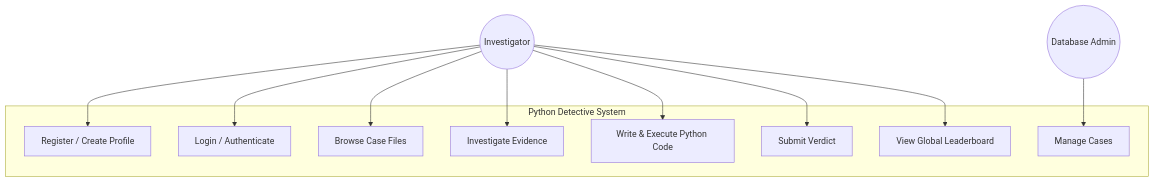
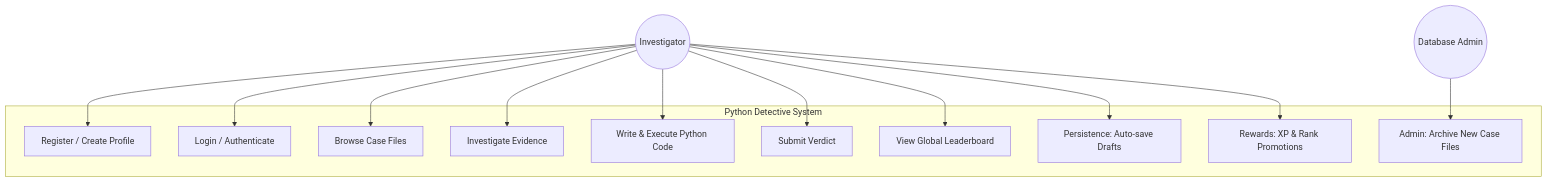
The first of 6 diagrams in docs/architecture_and_design.md (ALFRED-OP/Python-Detective-Game), drawn with Mermaid before and after one commit. The commit also changed other lines of this file and 1 other file, not shown here.

Commit message:
feat: Add a comprehensive architecture and design document and update the README to reflect new features.

````diff
--- a/docs/architecture_and_design.md
+++ b/docs/architecture_and_design.md
@@ -16,26 +16,30 @@
 ```mermaid
 graph TD
     Investigator((Investigator))
     Admin((Database Admin))
 
     subgraph "Python Detective System"
         UC1[Register / Create Profile]
         UC2[Login / Authenticate]
         UC3[Browse Case Files]
         UC4[Investigate Evidence]
         UC5[Write & Execute Python Code]
         UC6[Submit Verdict]
         UC7[View Global Leaderboard]
-        UC8[Manage Cases]
+        UC8[Admin: Archive New Case Files]
+        UC9[Persistence: Auto-save Drafts]
+        UC10[Rewards: XP & Rank Promotions]
     end
 
     Investigator --> UC1
     Investigator --> UC2
     Investigator --> UC3
     Investigator --> UC4
     Investigator --> UC5
     Investigator --> UC6
     Investigator --> UC7
+    Investigator --> UC9
+    Investigator --> UC10
     
     Admin --> UC8
 ```
````
